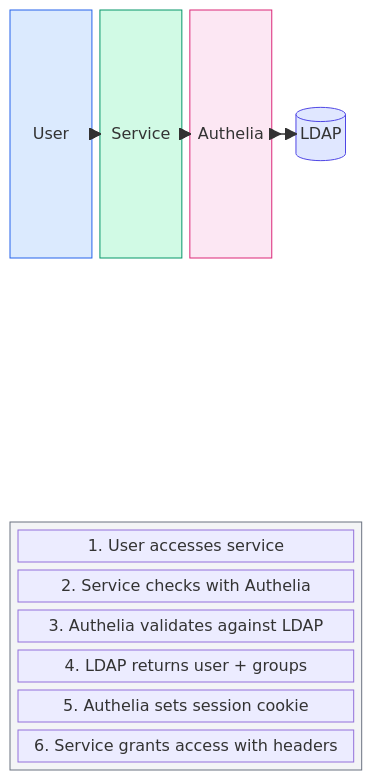
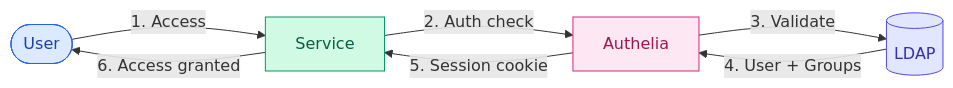
Before and after one commit to Mykyta-Home-Server/homeserver: the third of 4 diagrams in docs-site/src/content/docs/guides/ldap.mdx, drawn with Mermaid. The commit also changed other lines of this file and 2 other files, not shown here.

First line of the commit message:
Fix Mermaid diagrams: switch from block-beta to flowchart

````diff
--- a/docs-site/src/content/docs/guides/ldap.mdx
+++ b/docs-site/src/content/docs/guides/ldap.mdx
@@ -161,34 +151,19 @@
 ```mermaid
-block-beta
-    columns 4
+flowchart LR
+    User([User]) -->|1. Access| Service[Service]
+    Service -->|2. Auth check| Authelia[Authelia]
+    Authelia -->|3. Validate| LDAP[(LDAP)]
+    LDAP -->|4. User + Groups| Authelia
+    Authelia -->|5. Session cookie| Service
+    Service -->|6. Access granted| User
 
-    u["User"]:1
-    svc["Service"]:1
-    auth["Authelia"]:1
-    ldap[("LDAP")]:1
+    classDef user fill:#dbeafe,stroke:#2563eb,color:#1e40af
+    classDef svc fill:#d1fae5,stroke:#059669,color:#065f46
+    classDef auth fill:#fce7f3,stroke:#db2777,color:#9d174d
+    classDef ldap fill:#e0e7ff,stroke:#4f46e5,color:#3730a3
 
-    space:4
-
-    block:flow:4
-        columns 1
-        f1["1. User accesses service"]
-        f2["2. Service checks with Authelia"]
-        f3["3. Authelia validates against LDAP"]
-        f4["4. LDAP returns user + groups"]
-        f5["5. Authelia sets session cookie"]
-        f6["6. Service grants access with headers"]
-    end
-
-    u --> svc
-    svc --> auth
-    auth --> ldap
-    ldap --> auth
-    auth --> svc
-    svc --> u
-
-    style u fill:#dbeafe,stroke:#2563eb
-    style svc fill:#d1fae5,stroke:#059669
-    style auth fill:#fce7f3,stroke:#db2777
-    style ldap fill:#e0e7ff,stroke:#4f46e5
-    style flow fill:#f3f4f6,stroke:#6b7280
+    class User user
+    class Service svc
+    class Authelia auth
+    class LDAP ldap
 ```
````
